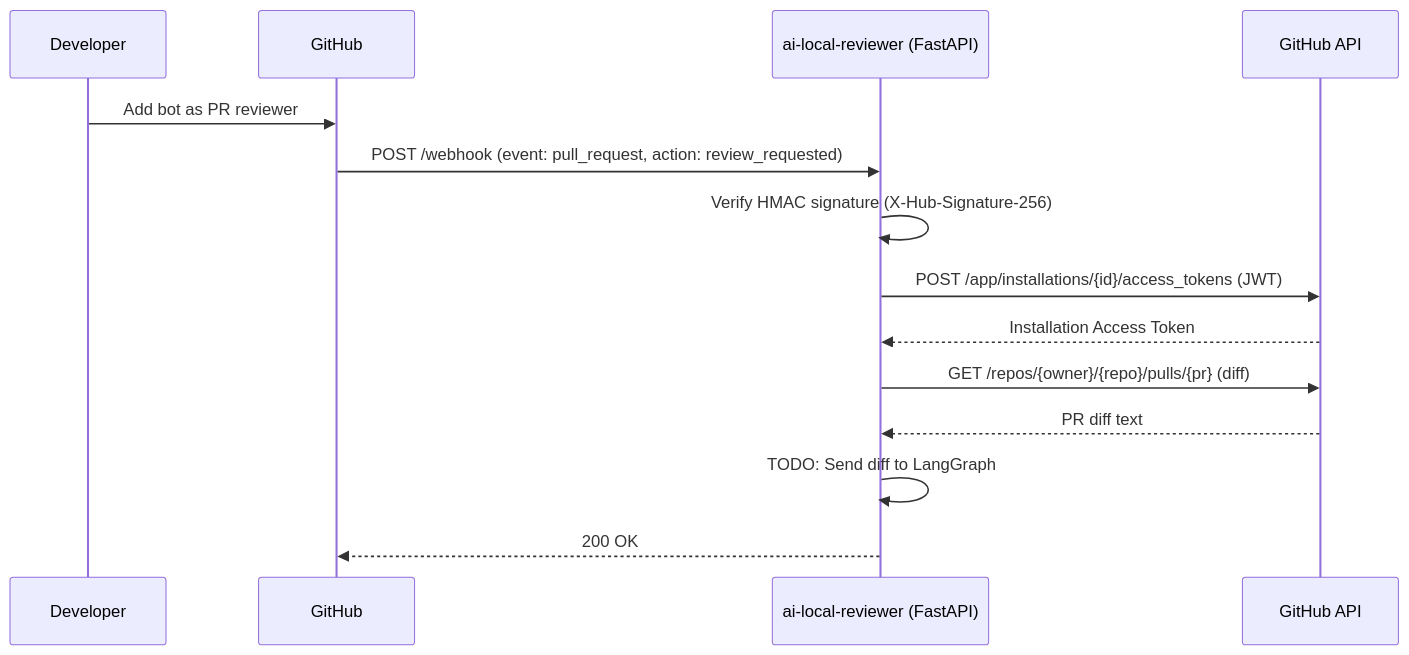
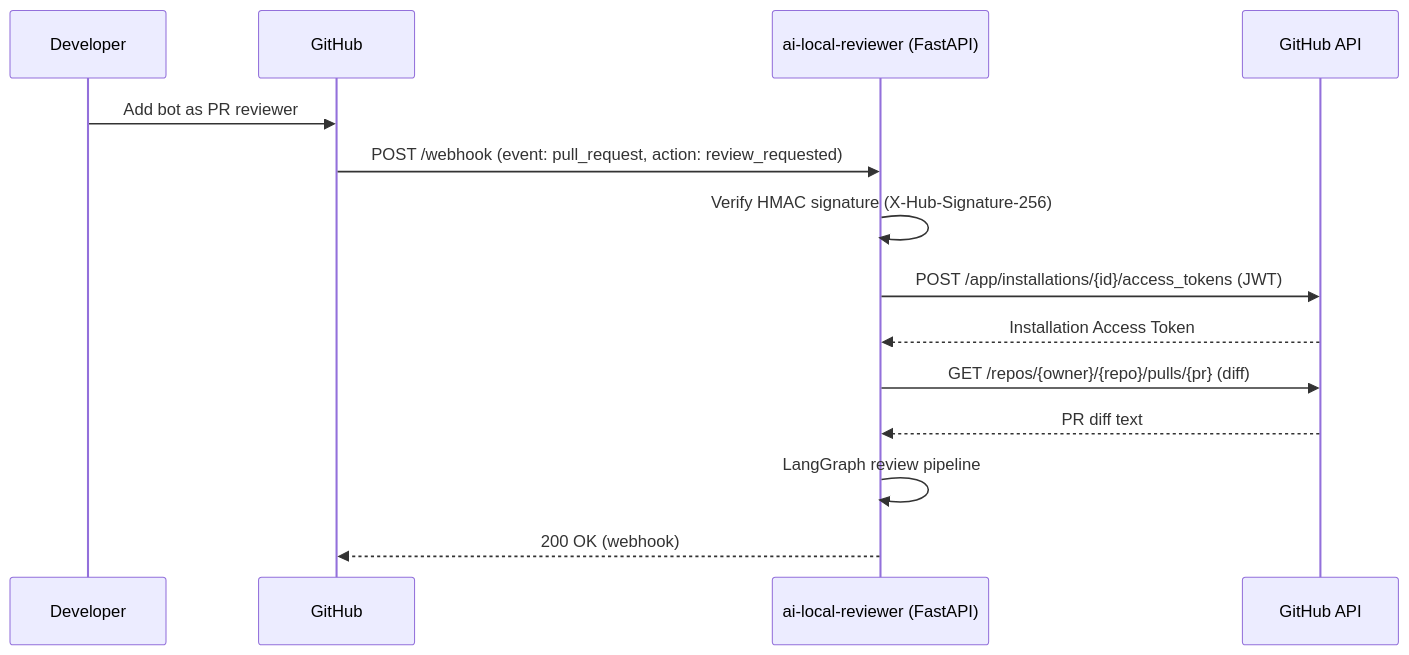
The first of 3 diagrams in README.md (olhaarchai/ai-local-reviewer), drawn with Mermaid before and after one commit. The commit also changed other lines of this file and 24 other files, not shown here.

````diff
--- a/README.md
+++ b/README.md
@@ -9,17 +9,17 @@
 ```mermaid
 sequenceDiagram
     participant Dev as Developer
     participant GH as GitHub
     participant App as ai-local-reviewer (FastAPI)
     participant GHApi as GitHub API
 
     Dev->>GH: Add bot as PR reviewer
     GH->>App: POST /webhook (event: pull_request, action: review_requested)
     App->>App: Verify HMAC signature (X-Hub-Signature-256)
     App->>GHApi: POST /app/installations/{id}/access_tokens (JWT)
     GHApi-->>App: Installation Access Token
     App->>GHApi: GET /repos/{owner}/{repo}/pulls/{pr} (diff)
     GHApi-->>App: PR diff text
-    App->>App: TODO: Send diff to LangGraph
-    App-->>GH: 200 OK
+    App->>App: LangGraph review pipeline
+    App-->>GH: 200 OK (webhook)
 ```
````
